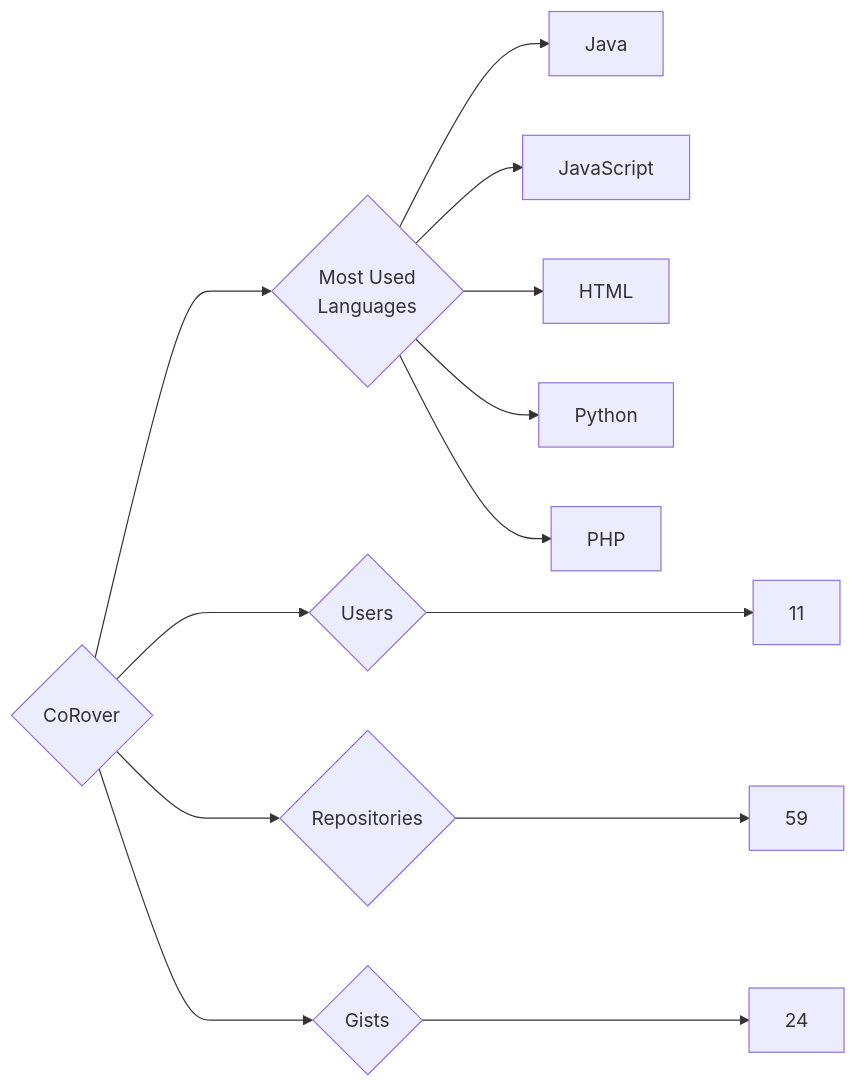
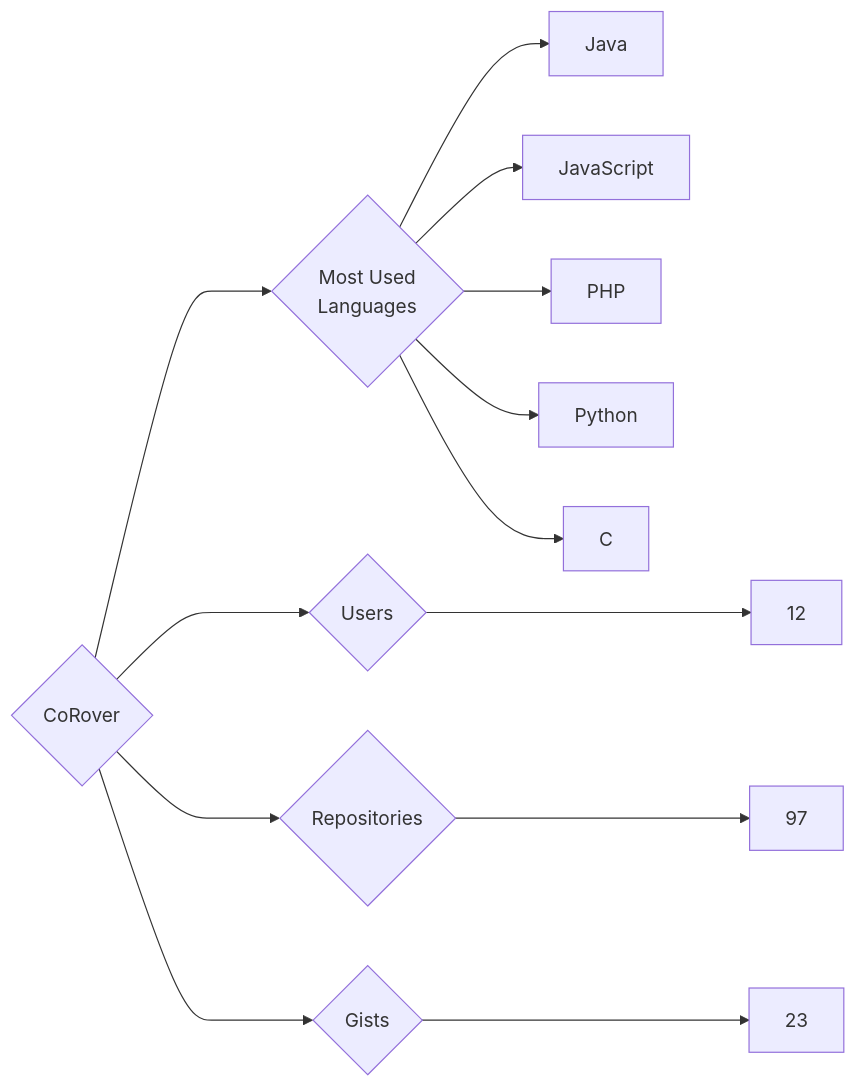
Before and after one commit to trickest/insiders: the diagram in targets/CoRover/README.md, drawn with Mermaid. The commit also changed 933 other files, not shown here.

````diff
--- a/targets/CoRover/README.md
+++ b/targets/CoRover/README.md
@@ -3,13 +3,13 @@
 ```mermaid
 graph LR
 COMPANY_NAME{CoRover}
-COMPANY_NAME ---> U{Users} ---> UN[11]
-COMPANY_NAME ---> R{Repositories} ---> RN[59]
-COMPANY_NAME ---> G{Gists} ---> GN[24]
+COMPANY_NAME ---> U{Users} ---> UN[12]
+COMPANY_NAME ---> R{Repositories} ---> RN[97]
+COMPANY_NAME ---> G{Gists} ---> GN[23]
 COMPANY_NAME ---> ML{Most Used<br>Languages}
 ML --> Java[Java]
 ML --> JavaScript[JavaScript]
-ML --> HTML[HTML]
+ML --> PHP[PHP]
 ML --> Python[Python]
-ML --> PHP[PHP]
+ML --> C[C]
 ```
````
